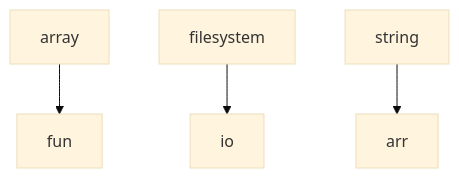
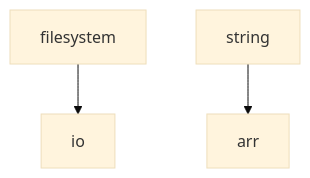
The diagram in README.md (mattriley/node-1up), drawn with Mermaid (base theme) before and after one commit. The commit also changed other lines of this file and 2 other files, not shown here.

````diff
--- a/README.md
+++ b/README.md
@@ -20,6 +20,5 @@
 ```mermaid
 graph TD;
-    array-->fun;
     filesystem-->io;
     string-->arr;
 ```
````
